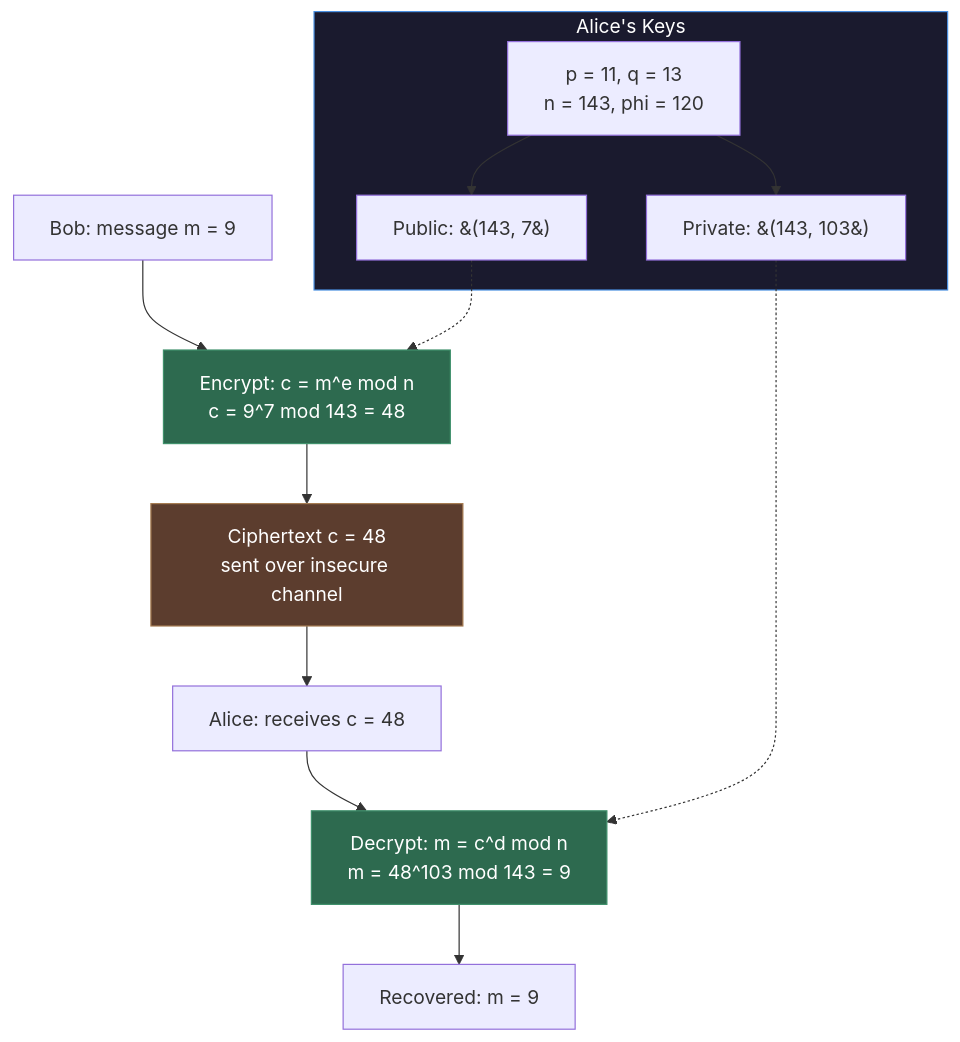
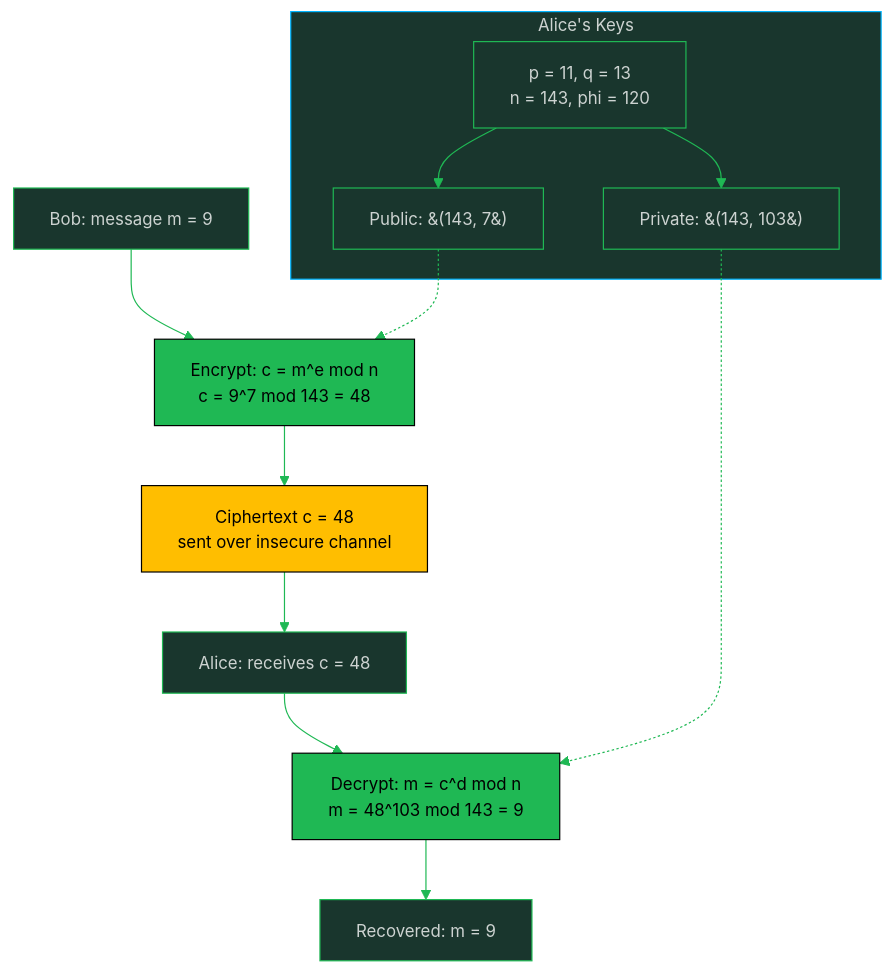
Before and after one commit to oat431/swe-knowledge: the diagram in math-for-software-engineering-note/08_number_theory.md, drawn with Mermaid. The commit also changed other lines of this file and 18 other files, not shown here.

````diff
--- a/math-for-software-engineering-note/08_number_theory.md
+++ b/math-for-software-engineering-note/08_number_theory.md
@@ -151,22 +151,23 @@
 ```mermaid
+%%{init: {'theme':'base','themeVariables':{'primaryColor':'#19362D','primaryTextColor':'#CDD3D1','primaryBorderColor':'#1FB854','lineColor':'#1FB854','background':'#1B1717','mainBkg':'#19362D','clusterBkg':'#161212','edgeLabelBackground':'#161212','titleColor':'#1FB854','fontSize':'14px'}}}%%
 flowchart TD
     BOB["Bob: message m = 9"] --> ENC["Encrypt: c = m^e mod n\nc = 9^7 mod 143 = 48"]
     ENC --> WIRE["Ciphertext c = 48\nsent over insecure channel"]
     WIRE --> ALICE["Alice: receives c = 48"]
     ALICE --> DEC["Decrypt: m = c^d mod n\nm = 48^103 mod 143 = 9"]
     DEC --> PLAIN["Recovered: m = 9"]
 
     subgraph ALICE_KEYS["Alice's Keys"]
         GEN["p = 11, q = 13\nn = 143, phi = 120"]
         GEN --> PUB["Public: &#40;143, 7&#41;"]
         GEN --> PRI["Private: &#40;143, 103&#41;"]
     end
 
     PUB -.-> ENC
     PRI -.-> DEC
 
-    style ALICE_KEYS fill:#1a1a2e,stroke:#4a90e2,color:#fff
-    style ENC fill:#2d6a4f,stroke:#40916c,color:#fff
-    style DEC fill:#2d6a4f,stroke:#40916c,color:#fff
-    style WIRE fill:#5c3d2e,stroke:#a67c52,color:#fff
+    style ALICE_KEYS fill:#19362D,stroke:#00B5FF,color:#CDD3D1
+    style ENC fill:#1FB854,stroke:#000000,color:#000000
+    style DEC fill:#1FB854,stroke:#000000,color:#000000
+    style WIRE fill:#FFBE00,stroke:#000000,color:#000000
 ```
````
